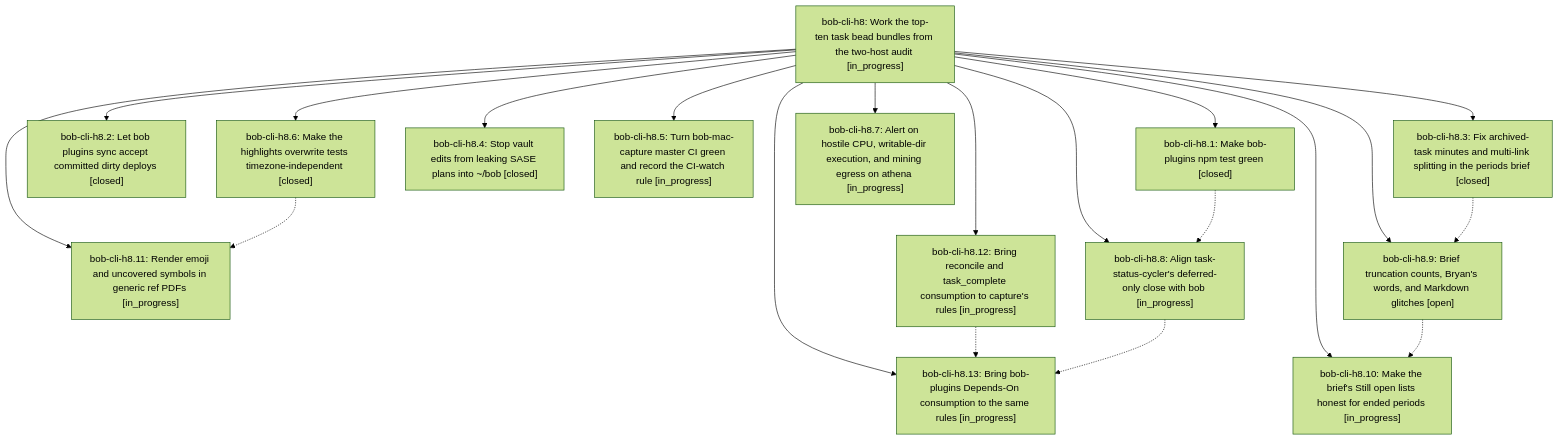
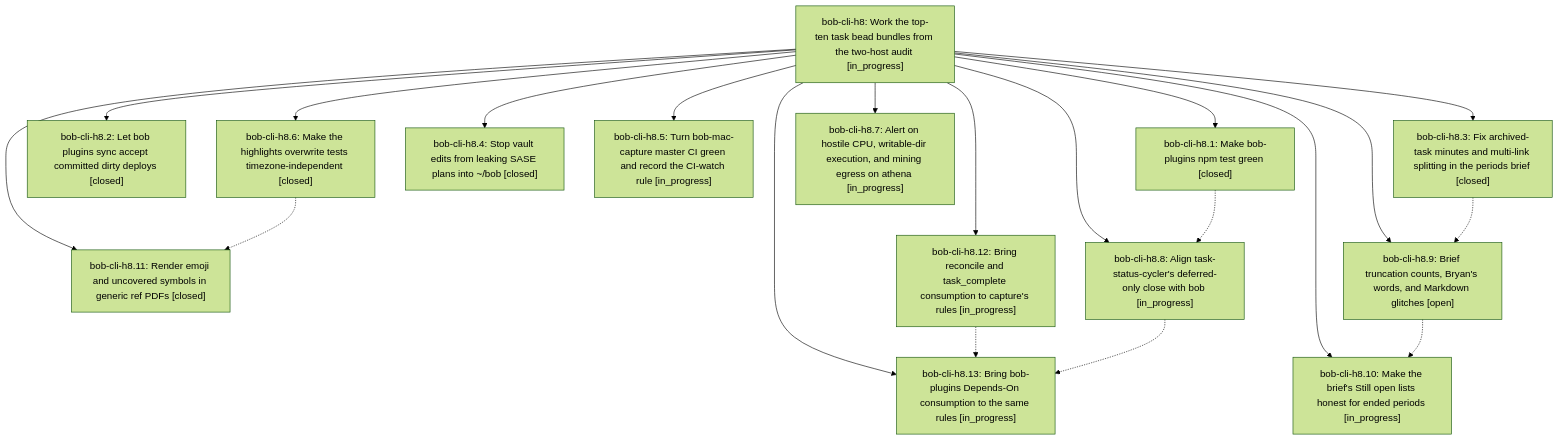
Before and after one commit to bobs-org/bob-cli--beads: the diagram in pages/bob-cli-h8/README.md, drawn with Mermaid (forest theme). The commit also changed other lines of this file and 5 other files, not shown here.

First line of the commit message:
chore(beads): sync bead state and pages for bob-cli-h8

````diff
--- a/pages/bob-cli-h8/README.md
+++ b/pages/bob-cli-h8/README.md
@@ -48,36 +48,36 @@
 ```mermaid
 flowchart TD
     n0["bob-cli-h8: Work the top-ten task bead bundles from the two-host audit [in_progress]"]
     n1["bob-cli-h8.1: Make bob-plugins npm test green [closed]"]
     n2["bob-cli-h8.10: Make the brief's Still open lists honest for ended periods [in_progress]"]
-    n3["bob-cli-h8.11: Render emoji and uncovered symbols in generic ref PDFs [in_progress]"]
+    n3["bob-cli-h8.11: Render emoji and uncovered symbols in generic ref PDFs [closed]"]
     n4["bob-cli-h8.12: Bring reconcile and task_complete consumption to capture's rules [in_progress]"]
     n5["bob-cli-h8.13: Bring bob-plugins Depends-On consumption to the same rules [in_progress]"]
     n6["bob-cli-h8.2: Let bob plugins sync accept committed dirty deploys [closed]"]
     n7["bob-cli-h8.3: Fix archived-task minutes and multi-link splitting in the periods brief [closed]"]
     n8["bob-cli-h8.4: Stop vault edits from leaking SASE plans into ~/bob [closed]"]
     n9["bob-cli-h8.5: Turn bob-mac-capture master CI green and record the CI-watch rule [in_progress]"]
     n10["bob-cli-h8.6: Make the highlights overwrite tests timezone-independent [closed]"]
     n11["bob-cli-h8.7: Alert on hostile CPU, writable-dir execution, and mining egress on athena [in_progress]"]
     n12["bob-cli-h8.8: Align task-status-cycler's deferred-only close with bob [in_progress]"]
     n13["bob-cli-h8.9: Brief truncation counts, Bryan's words, and Markdown glitches [open]"]
     n0 --> n1
     n0 --> n2
     n0 --> n3
     n0 --> n4
     n0 --> n5
     n0 --> n6
     n0 --> n7
     n0 --> n8
     n0 --> n9
     n0 --> n10
     n0 --> n11
     n0 --> n12
     n0 --> n13
     n1 -.-> n12
     n4 -.-> n5
     n7 -.-> n13
     n10 -.-> n3
     n12 -.-> n5
     n13 -.-> n2
 ```
````
